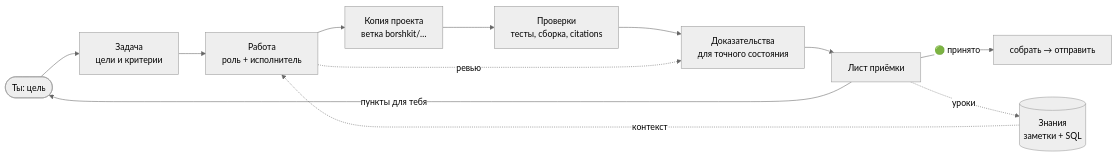
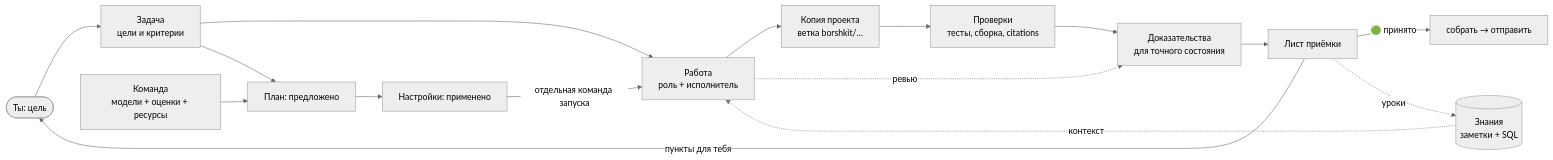
The diagram in docs/README.md (ParkPavel/borshkit), drawn with Mermaid (neutral theme) before and after one commit. The commit also changed other lines of this file and 44 other files, not shown here.

````diff
--- a/docs/README.md
+++ b/docs/README.md
@@ -11,14 +11,18 @@
 ```mermaid
 flowchart LR
   you(["Ты: цель"]) --> task["Задача<br/>цели и критерии"]
   task --> job["Работа<br/>роль + исполнитель"]
+  team["Команда<br/>модели + оценки + ресурсы"] --> plan["План: предложено"]
+  task --> plan
+  plan --> applied["Настройки: применено"]
+  applied -->|отдельная команда запуска| job
   job --> copy["Копия проекта<br/>ветка borshkit/…"]
   copy --> checks["Проверки<br/>тесты, сборка, citations"]
   checks --> ev["Доказательства<br/>для точного состояния"]
   job -. ревью .-> ev
   ev --> sheet["Лист приёмки"]
   sheet -->|пункты для тебя| you
   sheet -->|🟢 принято| merge["собрать → отправить"]
   kb[("Знания<br/>заметки + SQL")] -. контекст .-> job
   sheet -. уроки .-> kb
 ```
````
